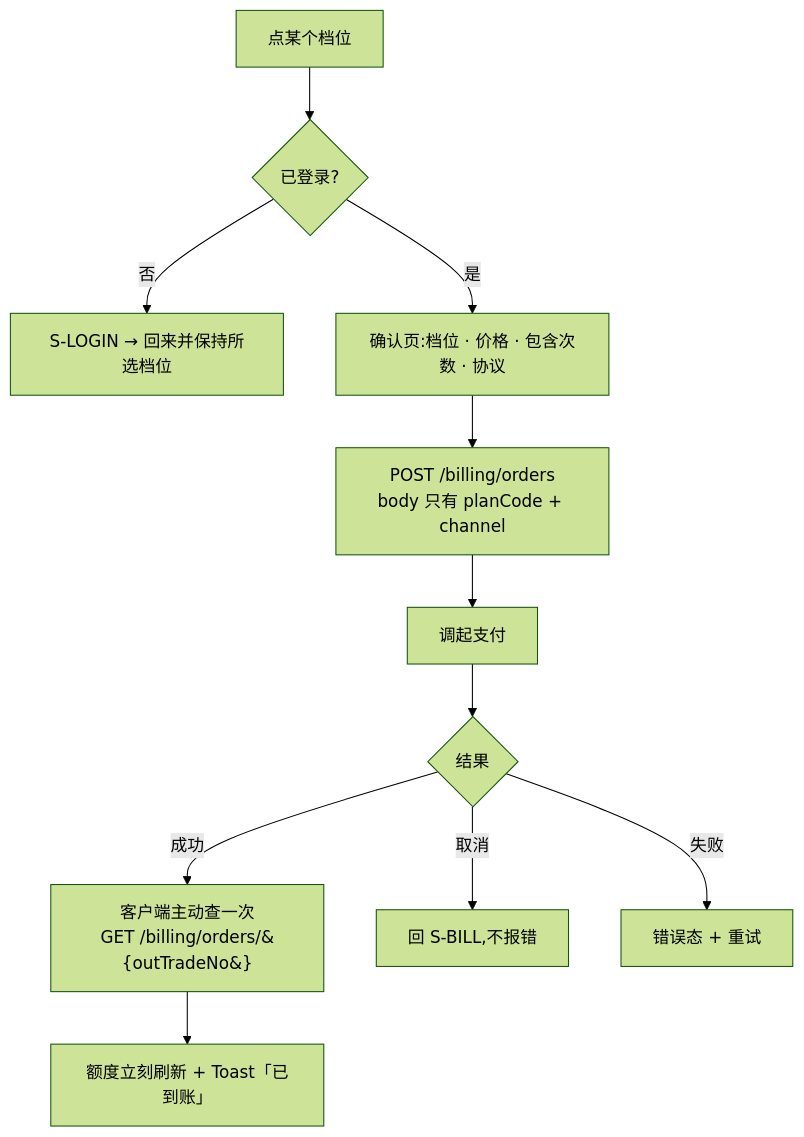
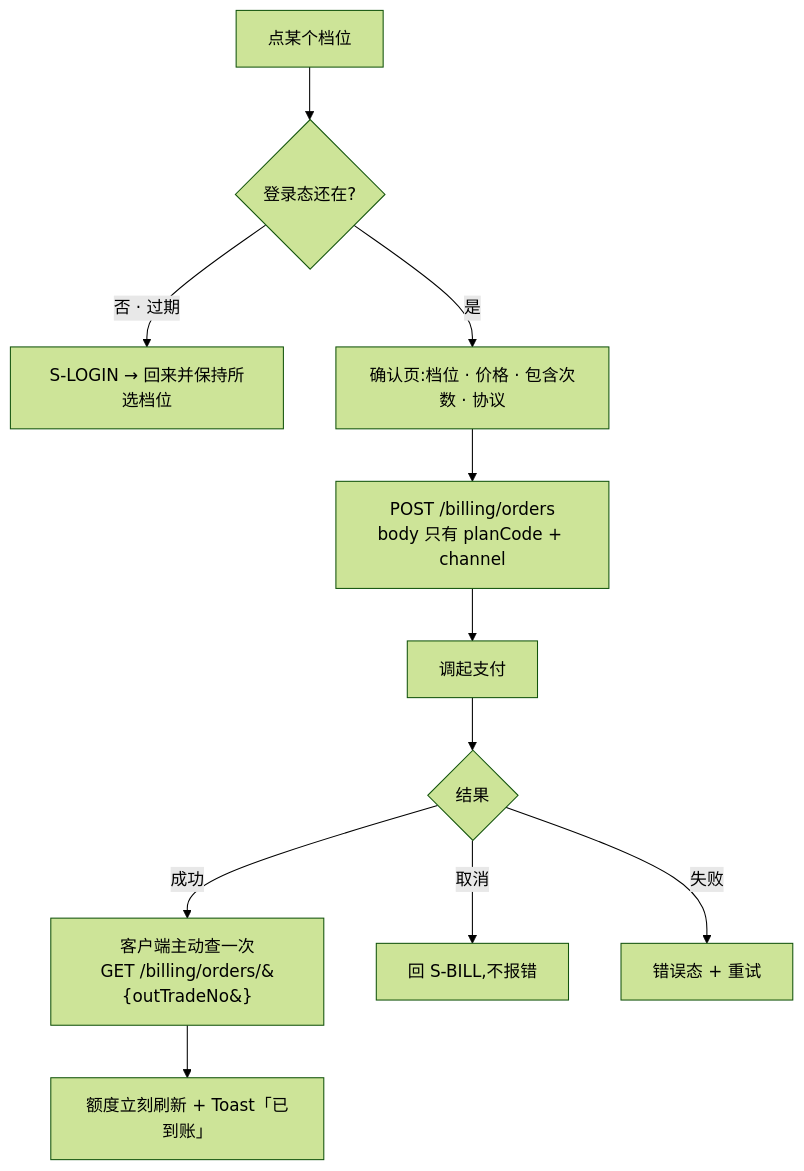
One commit to chenyuanjin/kubic changed the second of 8 diagrams in docs/product/specs/额度与购买.md. Above: the diagram before and after it, drawn with Mermaid (forest theme). The commit also changed other lines of this file and 15 other files, not shown here.

````diff
--- a/docs/product/specs/额度与购买.md
+++ b/docs/product/specs/额度与购买.md
@@ -143,13 +143,13 @@
 ```mermaid
 flowchart TD
-    A[点某个档位] --> B{已登录?}
-    B -- 否 --> L[S-LOGIN → 回来并保持所选档位]
+    A[点某个档位] --> B{登录态还在?}
+    B -- 否 · 过期 --> L[S-LOGIN → 回来并保持所选档位]
     B -- 是 --> C[确认页:档位 · 价格 · 包含次数 · 协议]
     C --> D[POST /billing/orders<br/>body 只有 planCode + channel]
     D --> E[调起支付]
     E --> F{结果}
     F -- 成功 --> G[客户端主动查一次<br/>GET /billing/orders/&#123;outTradeNo&#125;]
     F -- 取消 --> H[回 S-BILL,不报错]
     F -- 失败 --> I[错误态 + 重试]
     G --> J[额度立刻刷新 + Toast「已到账」]
 ```
````
